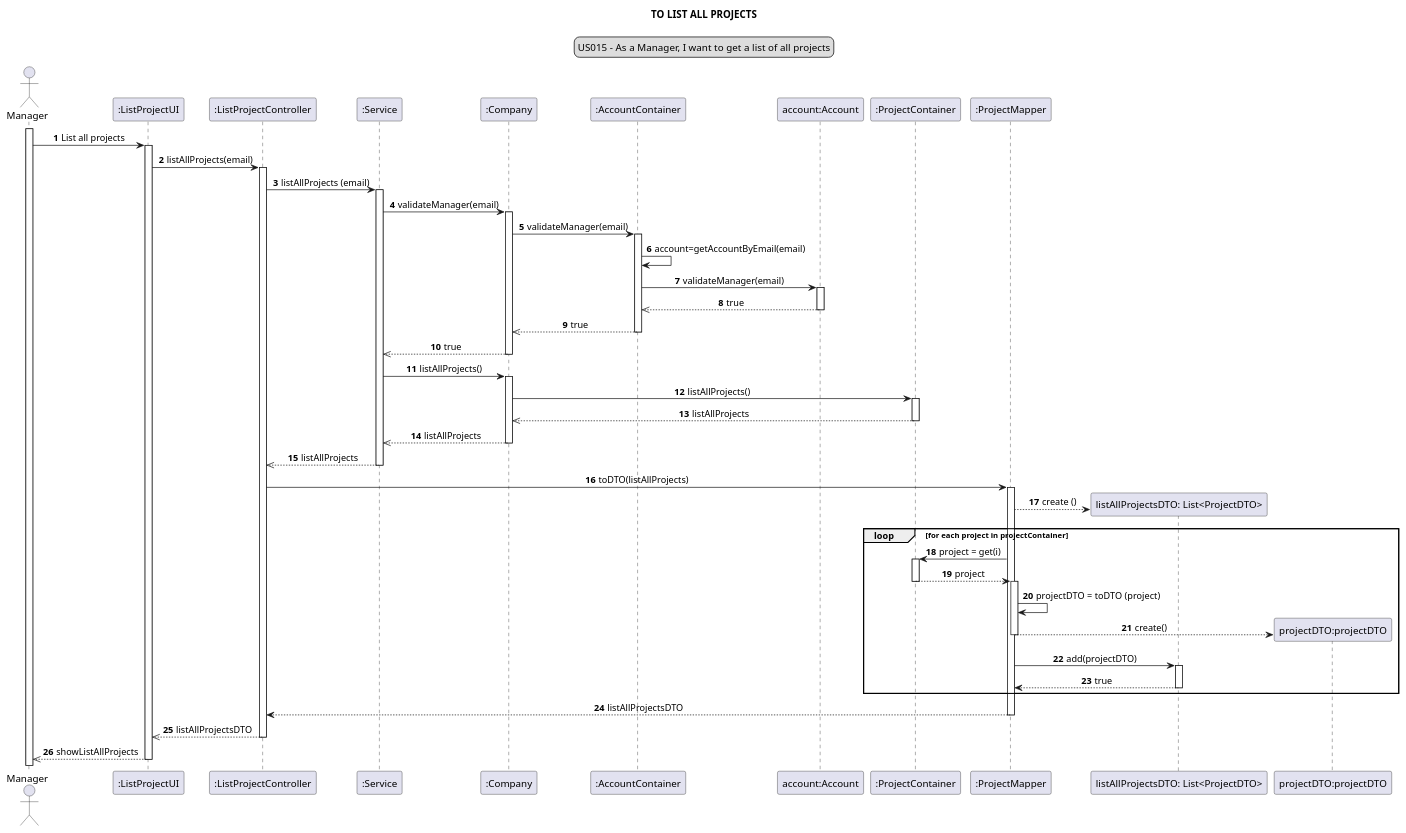
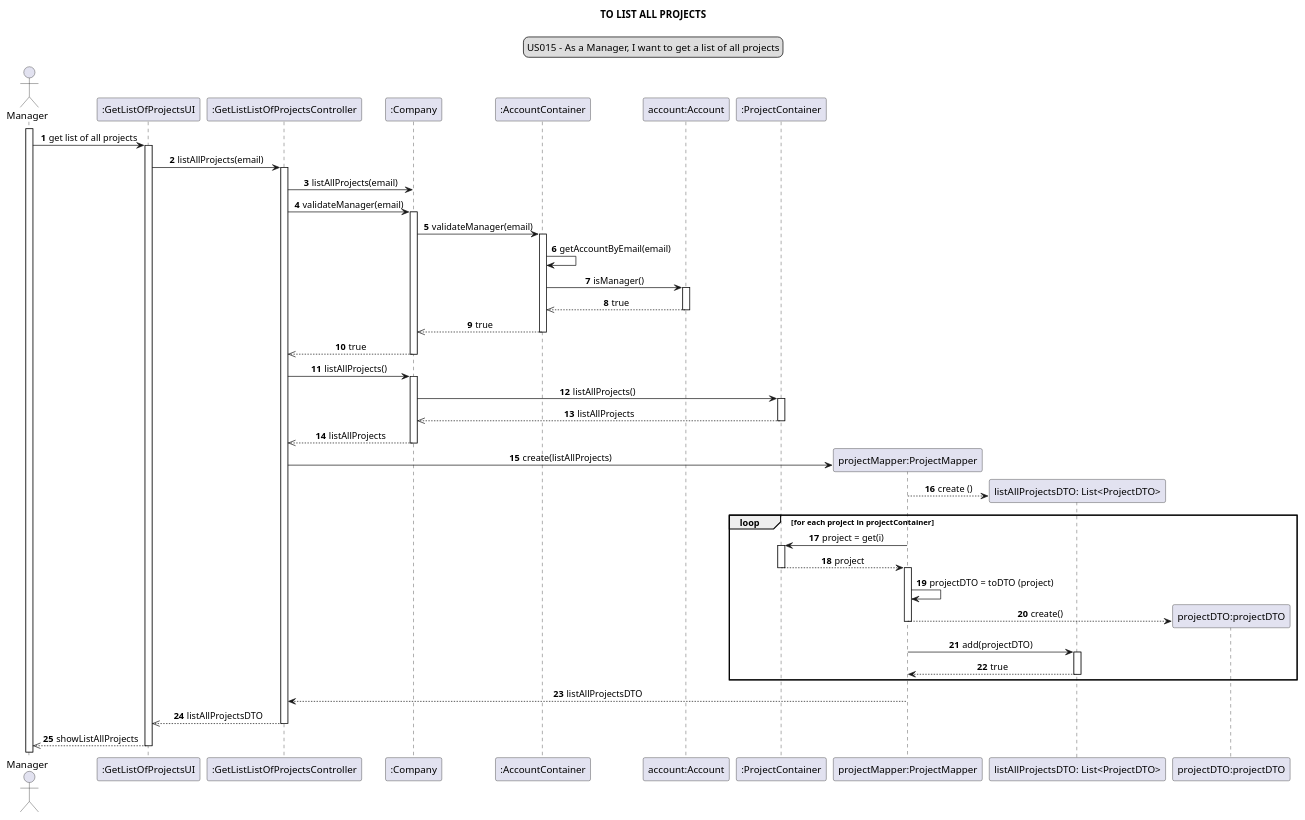
One commit to Loracline/project_switch_22-23 changed the diagram in docs/modelling_design/user_stories/us015/US015_sequenceDiagram.puml. Above: the diagram before and after it, drawn with PlantUML. The commit also changed 1 other file, not shown here.

Commit message:
US015: Design: Refined of Sequence and Class diagram

```diff
--- a/docs/modelling_design/user_stories/us015/US015_sequenceDiagram.puml
+++ b/docs/modelling_design/user_stories/us015/US015_sequenceDiagram.puml
@@ -1,75 +1,71 @@
 @startuml
 skinparam sequenceMessageAlign center
 title TO LIST ALL PROJECTS
 legend top
 US015 - As a Manager, I want to get a list of all projects
 end legend
 autonumber
 actor Manager
-participant ":ListProjectUI" as ui
-participant ":ListProjectController" as controller
-participant ":Service" as ser
+participant ":GetListOfProjectsUI" as ui
+participant ":GetListListOfProjectsController" as controller
 participant ":Company" as company
 participant ":AccountContainer" as ac
 participant "account:Account" as a
-participant ":ProjectContainer" as container
-participant ":ProjectMapper" as mapper
+participant ":ProjectContainer" as pc
+participant "projectMapper:ProjectMapper" as mapper
 participant "listAllProjectsDTO: List<ProjectDTO>" as list
 participant "projectDTO:projectDTO" as DTO
 
 activate Manager
-Manager -> ui: List all projects
+Manager -> ui: get list of all projects
 activate ui
 ui -> controller: listAllProjects(email)
 activate controller
-controller -> ser: listAllProjects (email)
-activate ser
- ser -> company: validateManager(email)
- activate company
- company -> ac: validateManager(email)
-  activate ac
- ac -> ac: account=getAccountByEmail(email)
- ac -> a: validateManager(email)
- activate a
- a -->> ac: true
- deactivate a
- ac -->> company: true
- deactivate ac
- company -->> ser: true
- deactivate company
-ser -> company: listAllProjects()
+controller -> company: listAllProjects(email)
+controller -> company: validateManager(email)
 activate company
-company -> container: listAllProjects()
-activate container
-container -->> company: listAllProjects
-deactivate container
-company -->> ser: listAllProjects
+company -> ac: validateManager(email)
+activate ac
+ac -> ac: getAccountByEmail(email)
+ac -> a: isManager()
+activate a
+a -->> ac: true
+deactivate a
+ac -->> company: true
+deactivate ac
+company -->> controller: true
 deactivate company
-ser -->> controller: listAllProjects
-deactivate ser
-controller -> mapper: toDTO(listAllProjects)
-activate mapper
+controller -> company: listAllProjects()
+activate company
+company -> pc: listAllProjects()
+activate pc
+pc -->> company: listAllProjects
+deactivate pc
+company -->> controller: listAllProjects
+deactivate company
+create mapper
+controller -> mapper: create(listAllProjects)
 create list
 mapper --> list: create ()
 loop for each project in projectContainer
-mapper -> container: project = get(i)
-activate container
-container --> mapper: project
-deactivate container
+mapper -> pc: project = get(i)
+activate pc
+pc --> mapper: project
+deactivate pc
 activate mapper
 mapper -> mapper : projectDTO = toDTO (project)
 create DTO
 mapper --> DTO : create()
 deactivate mapper
 mapper ->list :add(projectDTO)
 activate list
 list --> mapper : true
 deactivate list
 end loop
 mapper --> controller :listAllProjectsDTO
 deactivate mapper
 controller -->> ui: listAllProjectsDTO
 deactivate controller
 ui -->>Manager: showListAllProjects
 deactivate ui
 @enduml
```
